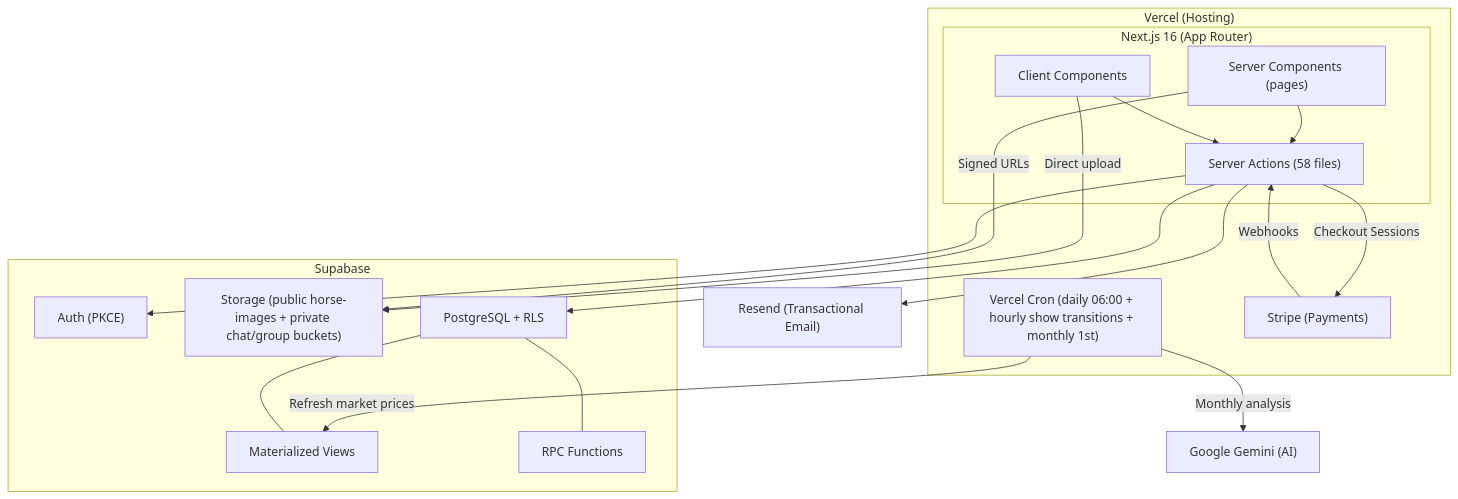
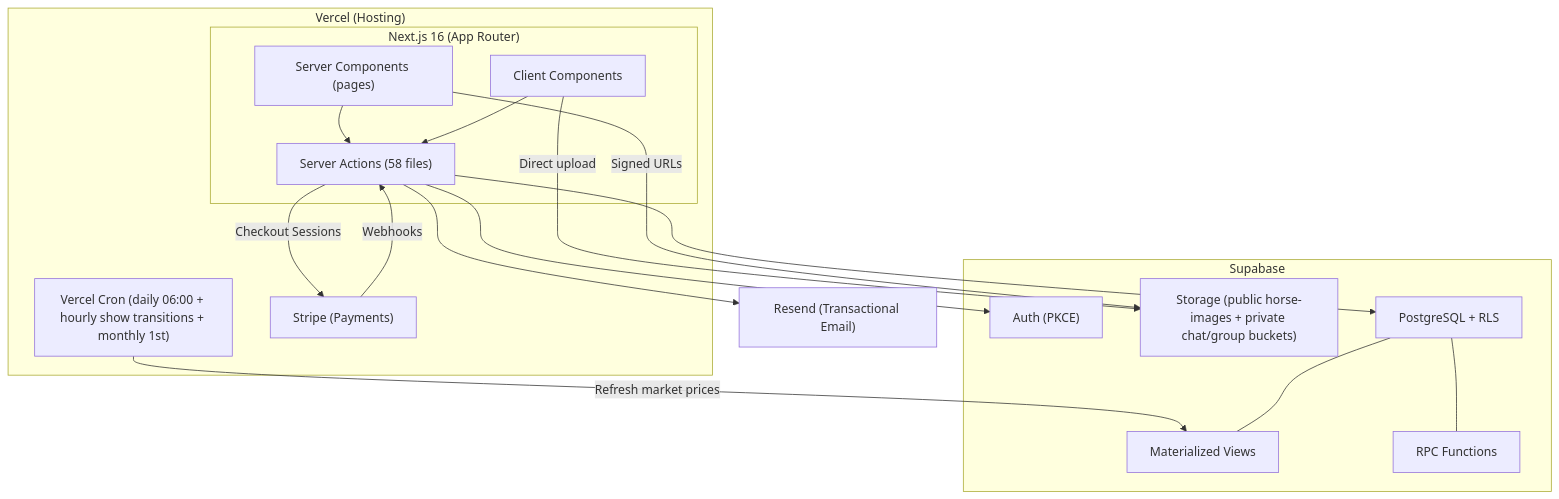
One commit to smount92/ProjectEquiscape changed the diagram in docs/architecture/overview.md. Above: the diagram before and after it, drawn with Mermaid. The commit also changed other lines of this file and 27 other files, not shown here.

````diff
--- a/docs/architecture/overview.md
+++ b/docs/architecture/overview.md
@@ -5,38 +5,36 @@
 ```mermaid
 graph TD
     subgraph Vercel["Vercel (Hosting)"]
         subgraph Next["Next.js 16 (App Router)"]
             SC["Server Components (pages)"]
             CC["Client Components"]
             SA["Server Actions (58 files)"]
         end
         Cron["Vercel Cron (daily 06:00 + hourly show transitions + monthly 1st)"]
         Stripe["Stripe (Payments)"]
     end
 
     subgraph Supabase["Supabase"]
         Auth["Auth (PKCE)"]
         Storage["Storage (public horse-images + private chat/group buckets)"]
         DB["PostgreSQL + RLS"]
         MV["Materialized Views"]
         RPC["RPC Functions"]
     end
 
     Email["Resend (Transactional Email)"]
-    Gemini["Google Gemini (AI)"]
 
     SA -->|"Checkout Sessions"| Stripe
     Stripe -->|"Webhooks"| SA
-    Cron -->|"Monthly analysis"| Gemini
 
     SC --> SA
     CC --> SA
     SA --> DB
     SA --> Email
     CC -->|"Direct upload"| Storage
     SC -->|"Signed URLs"| Storage
     Cron -->|"Refresh market prices"| MV
     SA --> Auth
     DB --- MV
     DB --- RPC
 ```
````
